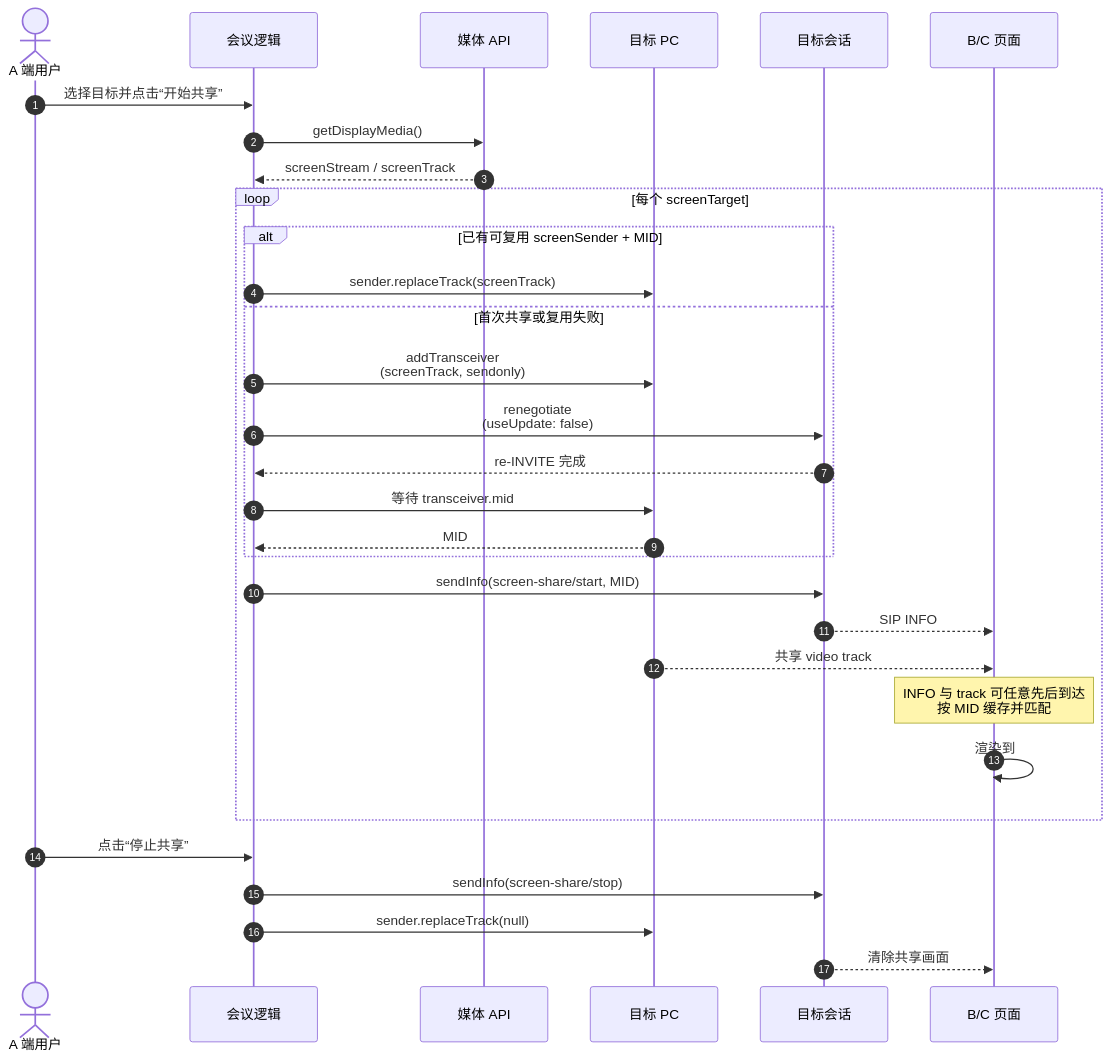
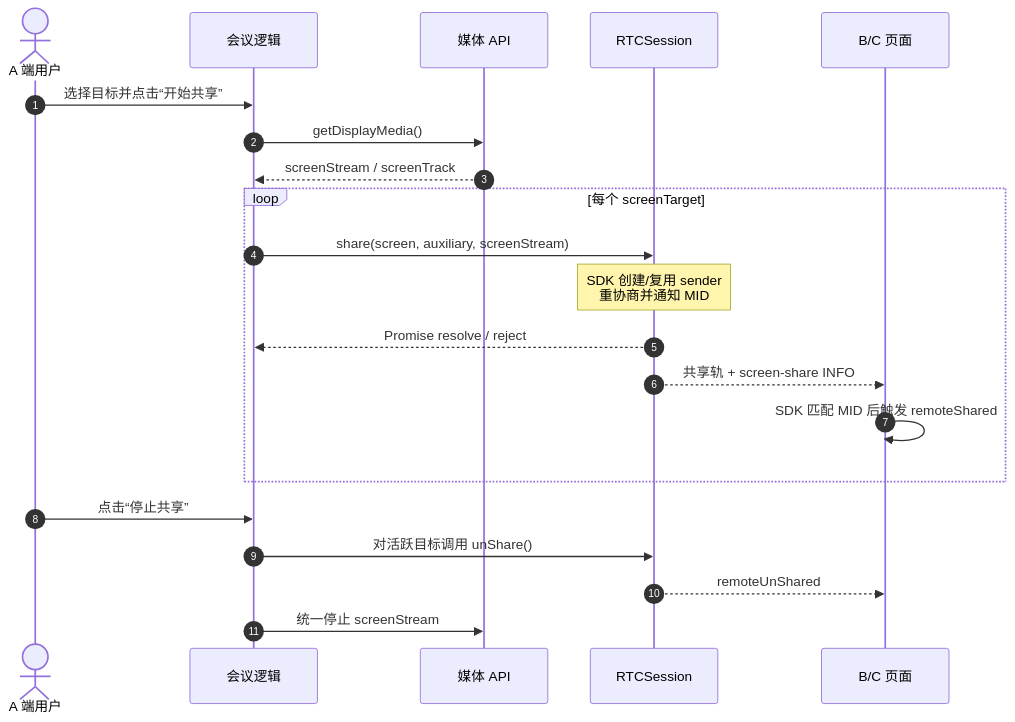
One commit to lei40251/JsSIP changed the eighth of 17 diagrams in docs/app-conference-guide.md. Above: the diagram before and after it, drawn with Mermaid. The commit also changed other lines of this file and 28 other files, not shown here.

````diff
--- a/docs/app-conference-guide.md
+++ b/docs/app-conference-guide.md
@@ -584,36 +583,26 @@
 ```mermaid
 sequenceDiagram
   autonumber
   actor User as A 端用户
   participant Conf as 会议逻辑
   participant Browser as 媒体 API
-  participant PC as 目标 PC
-  participant Session as 目标会话
+  participant Session as RTCSession
   participant Remote as B/C 页面
 
   User->>Conf: 选择目标并点击“开始共享”
   Conf->>Browser: getDisplayMedia()
   Browser-->>Conf: screenStream / screenTrack
 
   loop 每个 screenTarget
-    alt 已有可复用 screenSender + MID
-      Conf->>PC: sender.replaceTrack(screenTrack)
-    else 首次共享或复用失败
-        Conf->>PC: addTransceiver<br/>(screenTrack, sendonly)
-        Conf->>Session: renegotiate<br/>(useUpdate: false)
-      Session-->>Conf: re-INVITE 完成
-      Conf->>PC: 等待 transceiver.mid
-      PC-->>Conf: MID
-    end
-    Conf->>Session: sendInfo(screen-share/start, MID)
-    Session-->>Remote: SIP INFO
-    PC-->>Remote: 共享 video track
-    Note over Remote: INFO 与 track 可任意先后到达<br/>按 MID 缓存并匹配
-    Remote->>Remote: 渲染到 #remoteVideo2
+    Conf->>Session: share(screen, auxiliary, screenStream)
+    Note over Session: SDK 创建/复用 sender<br/>重协商并通知 MID
+    Session-->>Conf: Promise resolve / reject
+    Session-->>Remote: 共享轨 + screen-share INFO
+    Remote->>Remote: SDK 匹配 MID 后触发 remoteShared
   end
 
   User->>Conf: 点击“停止共享”
-  Conf->>Session: sendInfo(screen-share/stop)
-  Conf->>PC: sender.replaceTrack(null)
-  Session-->>Remote: 清除共享画面
+  Conf->>Session: 对活跃目标调用 unShare()
+  Session-->>Remote: remoteUnShared
+  Conf->>Browser: 统一停止 screenStream
 ```
````
